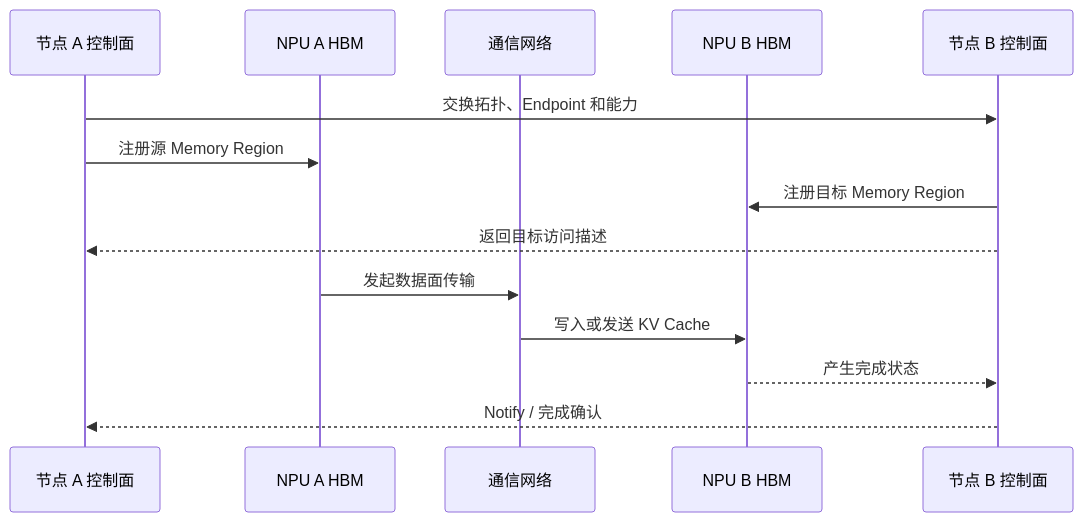
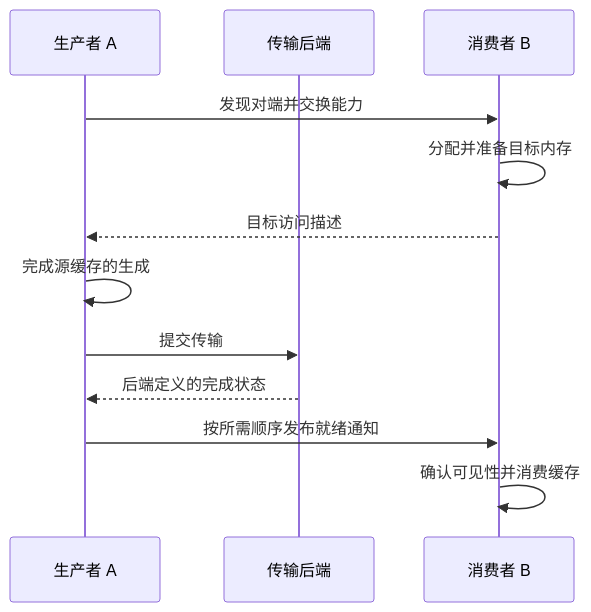
Before and after one commit to nbbb24/KeyNotes: the diagram in docs/zh/infra/end-to-end-transfer.md, drawn with Mermaid. The commit also changed other lines of this file and 157 other files, not shown here.

````diff
--- a/docs/zh/infra/end-to-end-transfer.md
+++ b/docs/zh/infra/end-to-end-transfer.md
@@ -19,17 +14,14 @@
 ```mermaid
 sequenceDiagram
-    participant A as 节点 A 控制面
-    participant AM as NPU A HBM
-    participant NET as 通信网络
-    participant BM as NPU B HBM
-    participant B as 节点 B 控制面
-
-    A->>B: 交换拓扑、Endpoint 和能力
-    A->>AM: 注册源 Memory Region
-    B->>BM: 注册目标 Memory Region
-    B-->>A: 返回目标访问描述
-    AM->>NET: 发起数据面传输
-    NET->>BM: 写入或发送 KV Cache
-    BM-->>B: 产生完成状态
-    B-->>A: Notify / 完成确认
+    participant A as 生产者 A
+    participant X as 传输后端
+    participant B as 消费者 B
+    A->>B: 发现对端并交换能力
+    B->>B: 分配并准备目标内存
+    B-->>A: 目标访问描述
+    A->>A: 完成源缓存的生成
+    A->>X: 提交传输
+    X-->>A: 后端定义的完成状态
+    A->>B: 按所需顺序发布就绪通知
+    B->>B: 确认可见性并消费缓存
 ```
````
